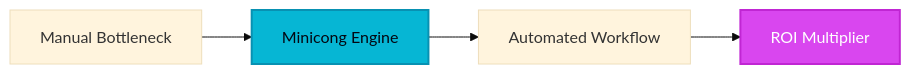
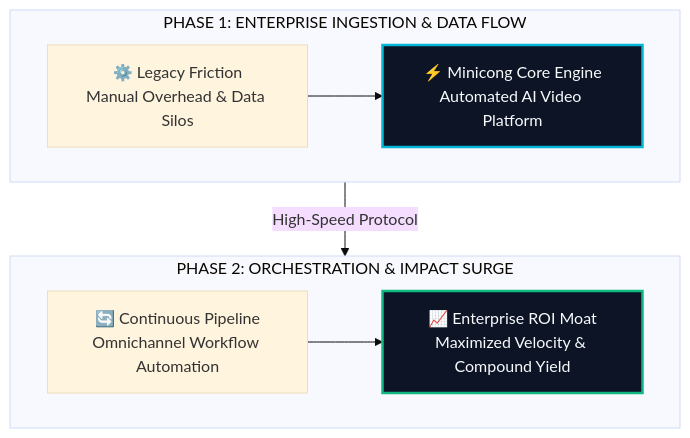
One commit to heliatech-media/saas-radar changed the diagram in site/src/content/blog/minicong-evolution-guide-2026.md. Above: the diagram before and after it, drawn with Mermaid (base theme). The commit also changed 97 other files, not shown here.

First line of the commit message:
feat(diagrams): upgrade all article architecture schemas to high-impact 2-tier responsive vector blueprints

````diff
--- a/site/src/content/blog/minicong-evolution-guide-2026.md
+++ b/site/src/content/blog/minicong-evolution-guide-2026.md
@@ -54,8 +54,14 @@
 ```mermaid
-flowchart LR
-    A[Manual Bottleneck] --> B[Minicong Engine]
-    B --> C[Automated Workflow]
-    C --> D[ROI Multiplier]
-    style B fill:#06b6d4,stroke:#0891b2,stroke-width:2px,color:#030712
-    style D fill:#d946ef,stroke:#c026d3,stroke-width:2px,color:#ffffff
+flowchart TD
+    subgraph S1["PHASE 1: ENTERPRISE INGESTION & DATA FLOW"]
+        direction LR
+        A["⚙️ Legacy Friction<br/>Manual Overhead & Data Silos"] --> B["⚡ Minicong Core Engine<br/>Automated AI Video Platform"]
+    end
+    subgraph S2["PHASE 2: ORCHESTRATION & IMPACT SURGE"]
+        direction LR
+        C["🔄 Continuous Pipeline<br/>Omnichannel Workflow Automation"] --> D["📈 Enterprise ROI Moat<br/>Maximized Velocity & Compound Yield"]
+    end
+    S1 -->|High-Speed Protocol| S2
+    style B fill:#0c1425,stroke:#06b6d4,stroke-width:2.5px,color:#f8fafc
+    style D fill:#0c1425,stroke:#10b981,stroke-width:2.5px,color:#f8fafc
 ```
````
